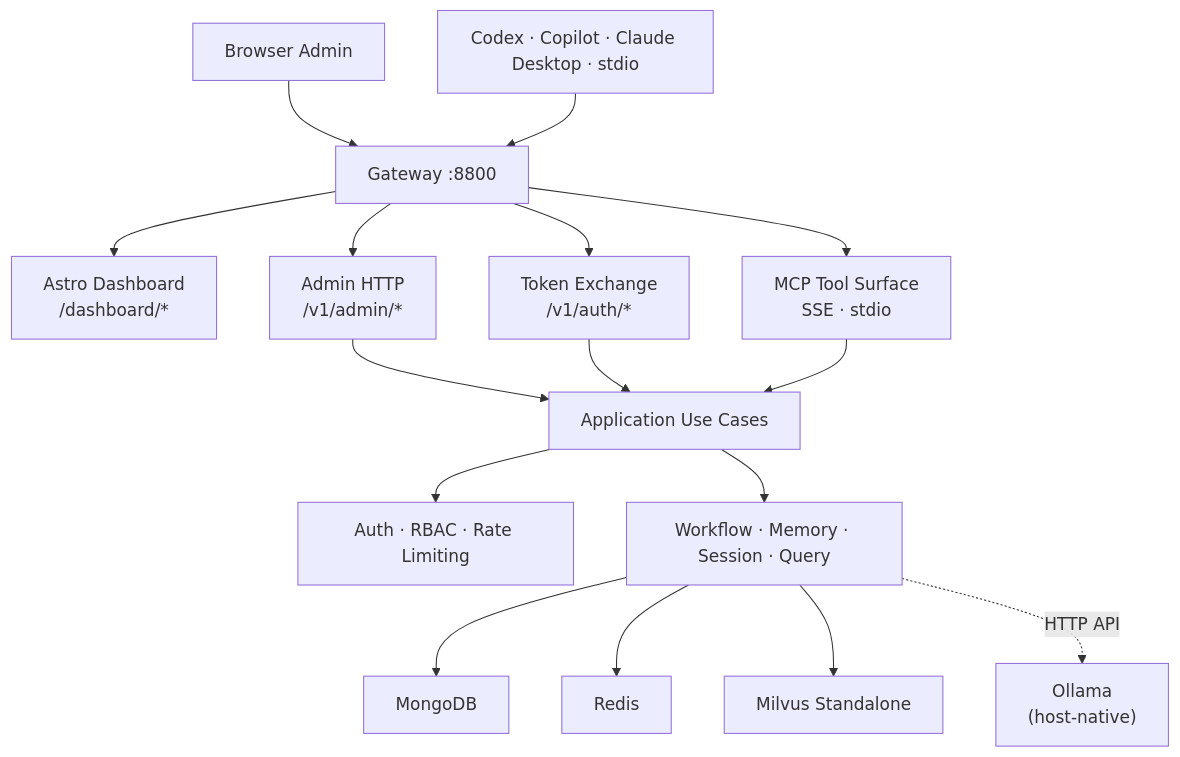
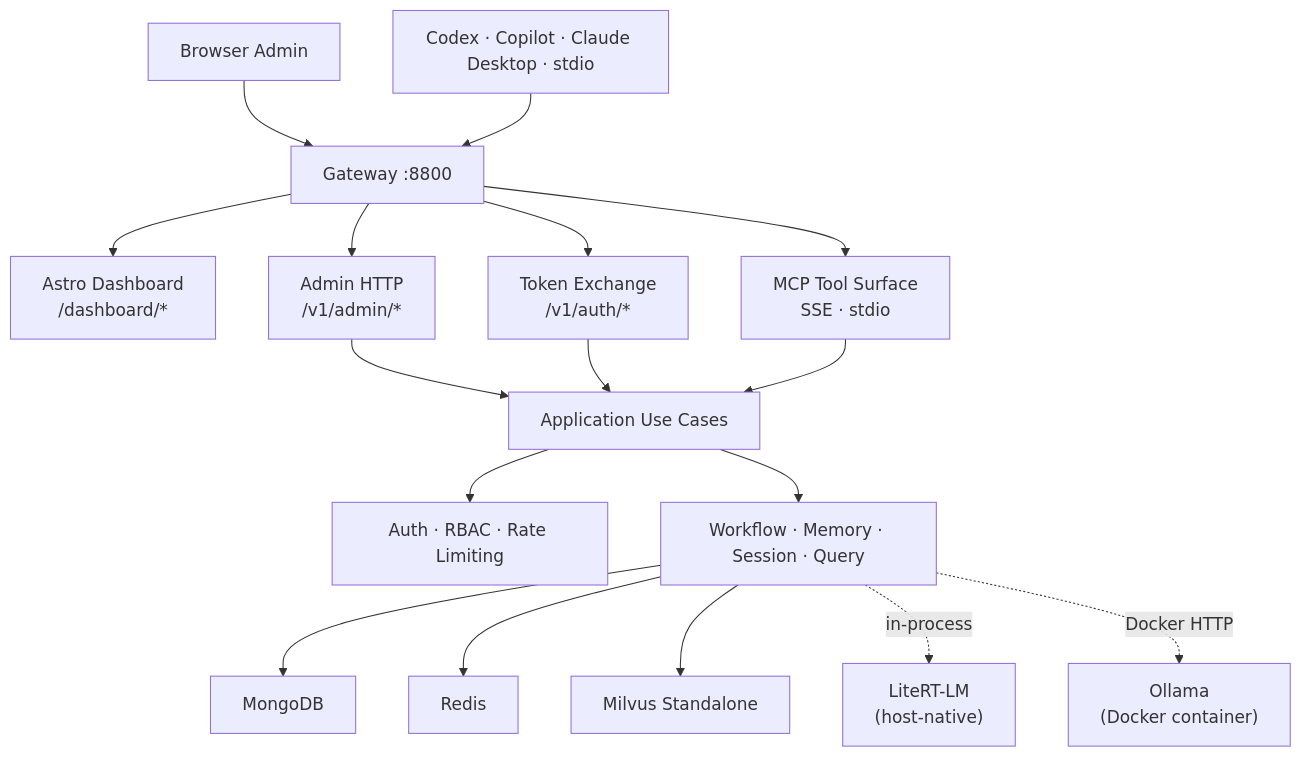
The diagram in docs/minder-server.md (hiimtrung/minder), drawn with Mermaid before and after one commit. The commit also changed other lines of this file and 26 other files, not shown here.

Commit message:
feat: integrate LiteRT-LM for LLM inference and update container infrastructure with managed Ollama services

````diff
--- a/docs/minder-server.md
+++ b/docs/minder-server.md
@@ -9,20 +12,21 @@
 ```mermaid
 flowchart TB
     Browser["Browser Admin"] --> Gateway["Gateway :8800"]
     MCP["Codex · Copilot · Claude Desktop · stdio"] --> Gateway
 
     Gateway --> Dashboard["Astro Dashboard\n/dashboard/*"]
     Gateway --> AdminAPI["Admin HTTP\n/v1/admin/*"]
     Gateway --> AuthAPI["Token Exchange\n/v1/auth/*"]
     Gateway --> MCPTools["MCP Tool Surface\nSSE · stdio"]
 
     AdminAPI & AuthAPI & MCPTools --> UseCases["Application Use Cases"]
 
     UseCases --> Auth["Auth · RBAC · Rate Limiting"]
     UseCases --> Services["Workflow · Memory · Session · Query"]
 
     Services --> Mongo["MongoDB"]
     Services --> Redis["Redis"]
     Services --> Milvus["Milvus Standalone"]
-    Services -.->|"HTTP API"| Ollama["Ollama\n(host-native)"]
+    Services -.->|"in-process"| LiteRT["LiteRT-LM\n(host-native)"]
+    Services -.->|"Docker HTTP"| OllamaD["Ollama\n(Docker container)"]
 ```
````
